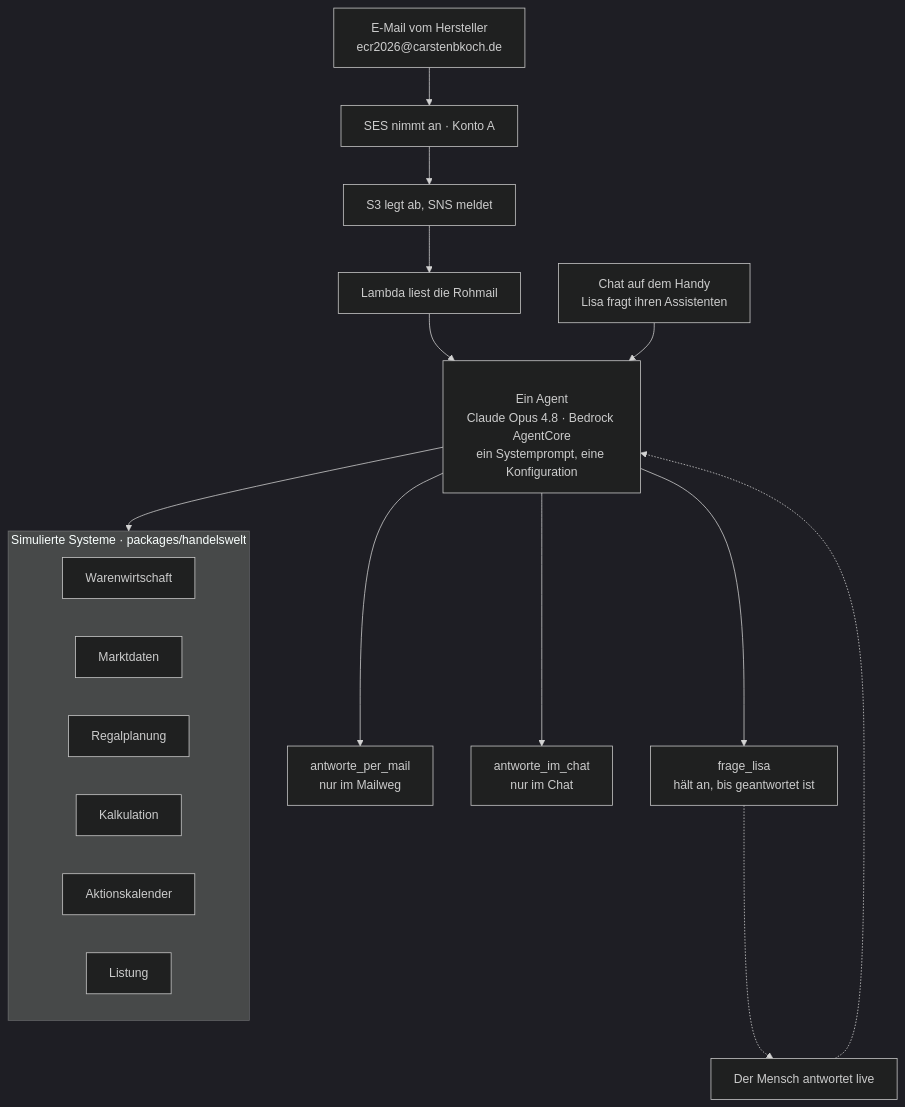
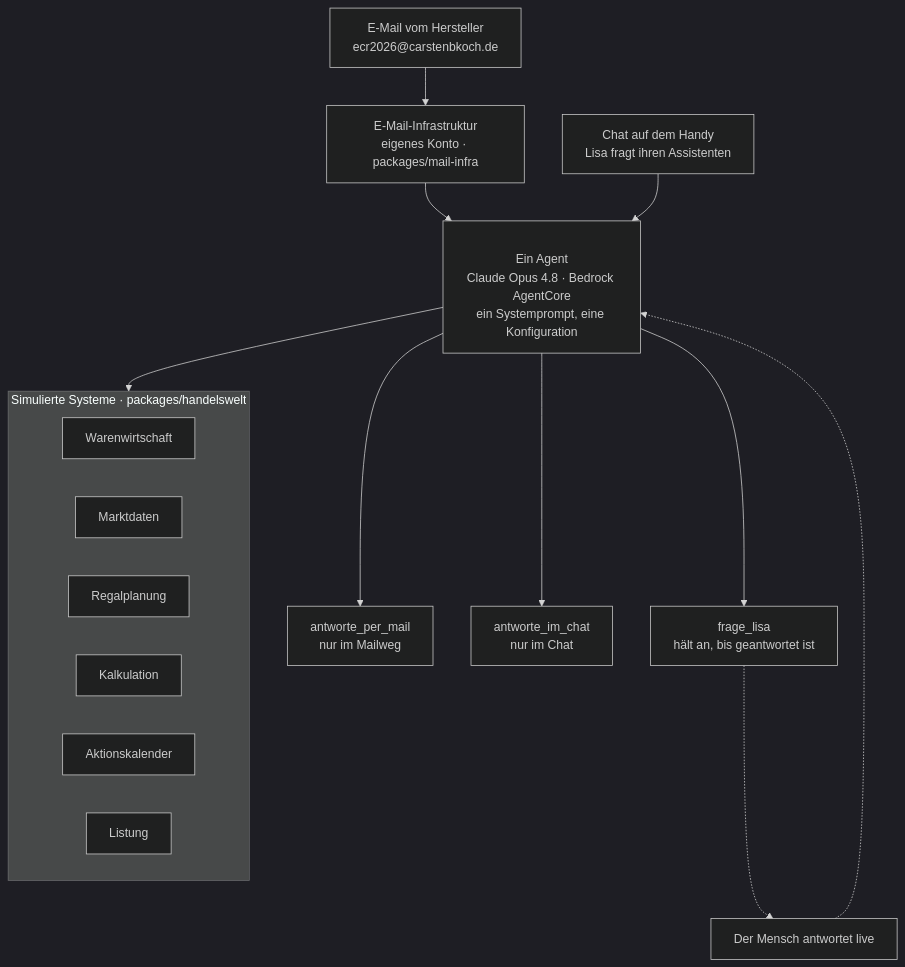
Before and after one commit to cabcookie/ecr-in-motion-2026-talk: the diagram in README.md, drawn with Mermaid (dark theme). The commit also changed other lines of this file and 2 other files, not shown here.

````diff
--- a/README.md
+++ b/README.md
@@ -43,32 +43,29 @@
 ```mermaid
 flowchart TB
   MAIL["E-Mail vom Hersteller<br/>ecr2026@carstenbkoch.de"]
   CHAT["Chat auf dem Handy<br/>Lisa fragt ihren Assistenten"]
 
-  MAIL --> SES["SES nimmt an · Konto A"]
-  SES --> ABLAGE["S3 legt ab, SNS meldet"]
-  ABLAGE --> LAM["Lambda liest die Rohmail"]
-
-  LAM --> AGENT
+  MAIL --> SES["E-Mail-Infrastruktur<br/>eigenes Konto · packages/mail-infra"]
+  SES --> AGENT
   CHAT --> AGENT
 
   AGENT["<br/>Ein Agent<br/>Claude Opus 4.8 · Bedrock AgentCore<br/>ein Systemprompt, eine Konfiguration<br/>"]
 
   AGENT --> WM["antworte_per_mail<br/>nur im Mailweg"]
   AGENT --> WC["antworte_im_chat<br/>nur im Chat"]
   AGENT --> WL["frage_lisa<br/>hält an, bis geantwortet ist"]
   WL -.-> MENSCH["Der Mensch antwortet live"]
   MENSCH -.-> AGENT
 
   AGENT --> SYS
 
   subgraph SYS ["Simulierte Systeme · packages/handelswelt"]
     direction LR
     S1[Warenwirtschaft]
     S2[Marktdaten]
     S3[Regalplanung]
     S4[Kalkulation]
     S5[Aktionskalender]
     S6[Listung]
   end
 ```
````
